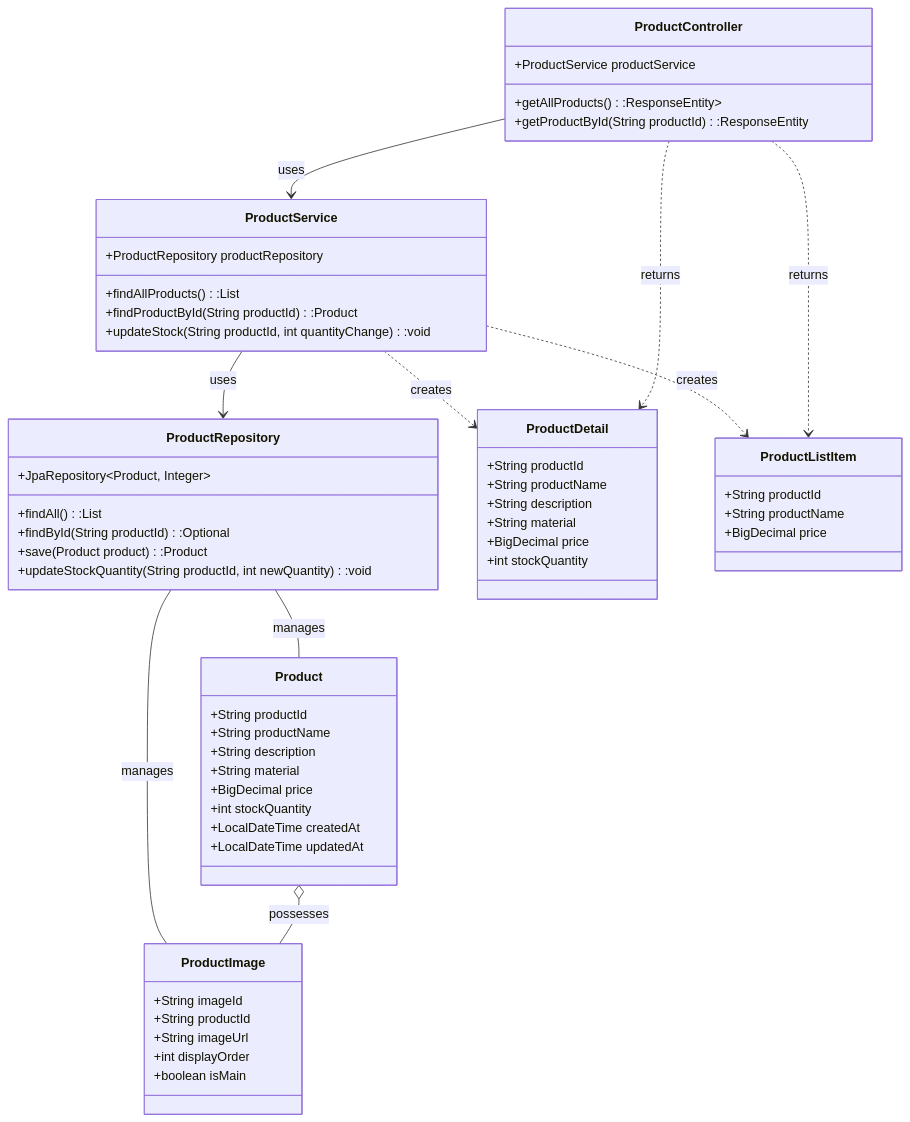
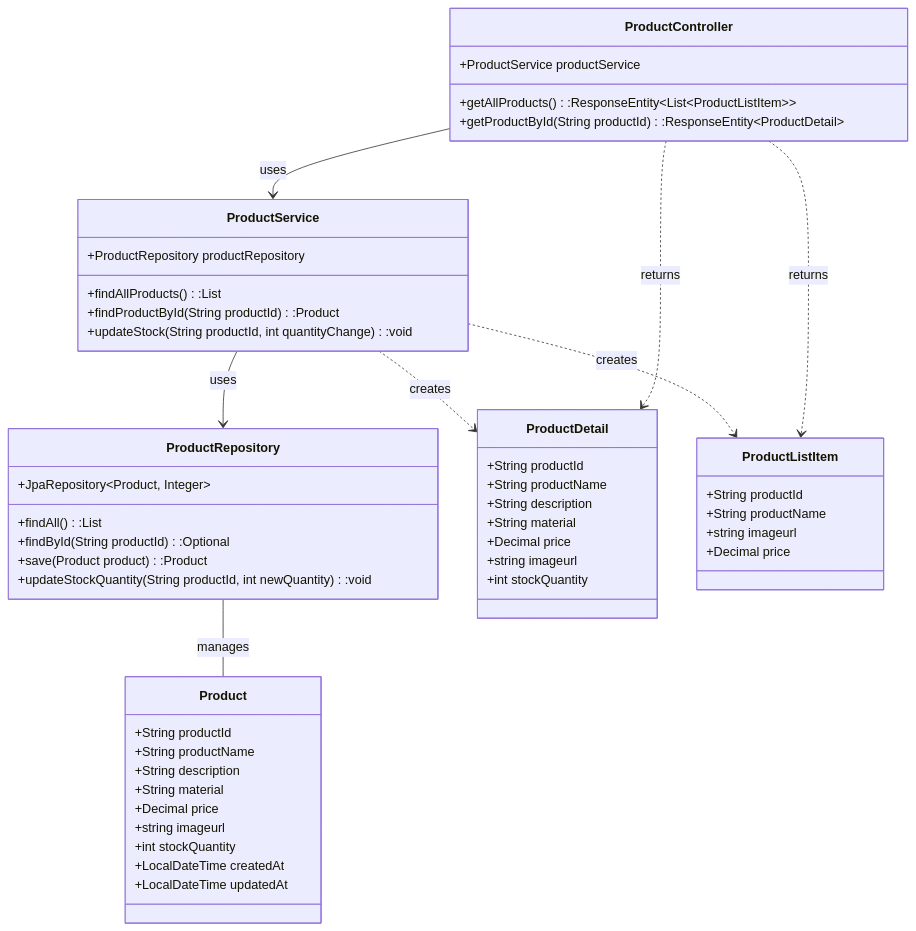
The first of 4 diagrams in 基本設計/はじめに.md (ainaga09/ACE), drawn with Mermaid before and after one commit. The commit also changed other lines of this file and 3 other files, not shown here.

```diff
--- a/基本設計/はじめに.md
+++ b/基本設計/はじめに.md
@@ -35,63 +35,60 @@
 <div class="mermaid">
 classDiagram
     ProductController --> ProductService : uses
     ProductService --> ProductRepository : uses
     ProductRepository -- Product : manages
-    ProductRepository -- ProductImage : manages
+
     ProductService ..> ProductDetail : creates
     ProductService ..> ProductListItem : creates
     ProductController ..>ProductDetail : returns
     ProductController ..> ProductListItem : returns
-    Product o-- ProductImage : possesses
+    
 
     class ProductController {
         +ProductService productService
-        +getAllProducts():ResponseEntity<List<Product>> 
-        +getProductById(String productId):ResponseEntity<Product> 
+        +getAllProducts():ResponseEntity~List~ProductListItem~~
+        +getProductById(String productId):ResponseEntity~ProductDetail~
     }
     class ProductService {
         +ProductRepository productRepository
         +findAllProducts():List<Product> 
         +findProductById(String productId):Product 
         +updateStock(String productId, int quantityChange):void 
     }
     class ProductRepository {
         +JpaRepository~Product, Integer~
         +findAll():List<Product> 
         +findById(String productId):Optional<Product> 
         +save(Product product):Product 
         +updateStockQuantity(String productId, int newQuantity):void 
     }
     class Product {
         +String productId
         +String productName
         +String description
         +String material
-        +BigDecimal price
+        +Decimal price
+        +string imageurl
         +int stockQuantity
         +LocalDateTime createdAt
         +LocalDateTime updatedAt
     }
-    class ProductImage {
-        +String imageId
-        +String productId
-        +String imageUrl
-        +int displayOrder
-        +boolean isMain
-    }
+   
     class ProductDetail{
         +String productId
         +String productName
         +String description
         +String material
-        +BigDecimal price
+        +Decimal price
+        +string imageurl
         +int stockQuantity
         
     }
     class ProductListItem{
         +String productId
         +String productName
-        +BigDecimal price
+        +string imageurl
+        +Decimal price
         
     }
 </div>
```
